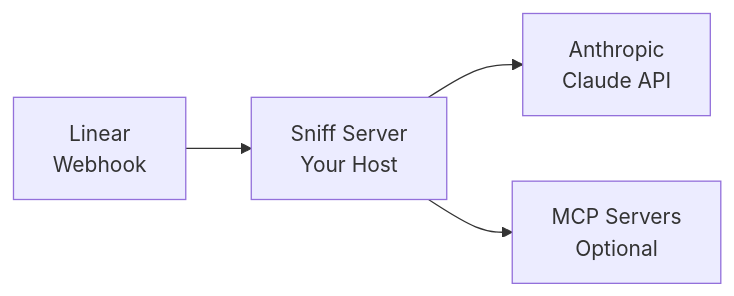
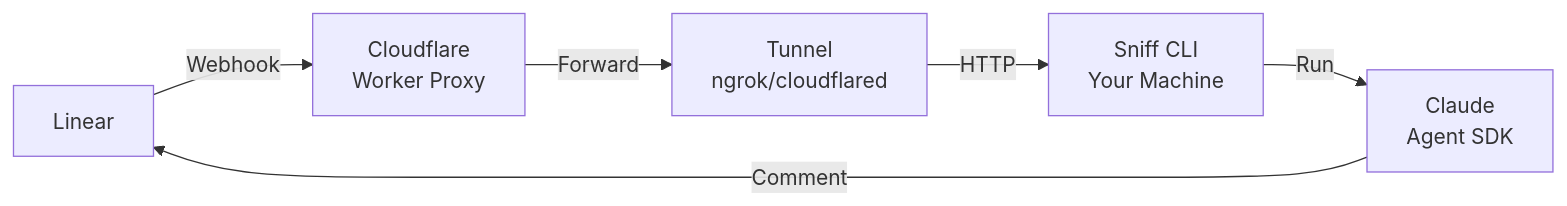
Before and after one commit to caiopizzol/sniff: the first of 2 diagrams in apps/docs/how-it-works.mdx, drawn with Mermaid. The commit also changed other lines of this file and 5 other files, not shown here.

````diff
--- a/apps/docs/how-it-works.mdx
+++ b/apps/docs/how-it-works.mdx
@@ -12,6 +12,8 @@
 ```mermaid
 flowchart LR
-  Linear[Linear<br/>Webhook] --> Sniff[Sniff Server<br/>Your Host]
-  Sniff --> Anthropic[Anthropic<br/>Claude API]
-  Sniff --> MCP[MCP Servers<br/>Optional]
+  Linear[Linear] -->|Webhook| Proxy[Cloudflare<br/>Worker Proxy]
+  Proxy -->|Forward| Tunnel[Tunnel<br/>ngrok/cloudflared]
+  Tunnel -->|HTTP| CLI[Sniff CLI<br/>Your Machine]
+  CLI -->|Run| SDK[Claude<br/>Agent SDK]
+  SDK -->|Comment| Linear
 ```
````
